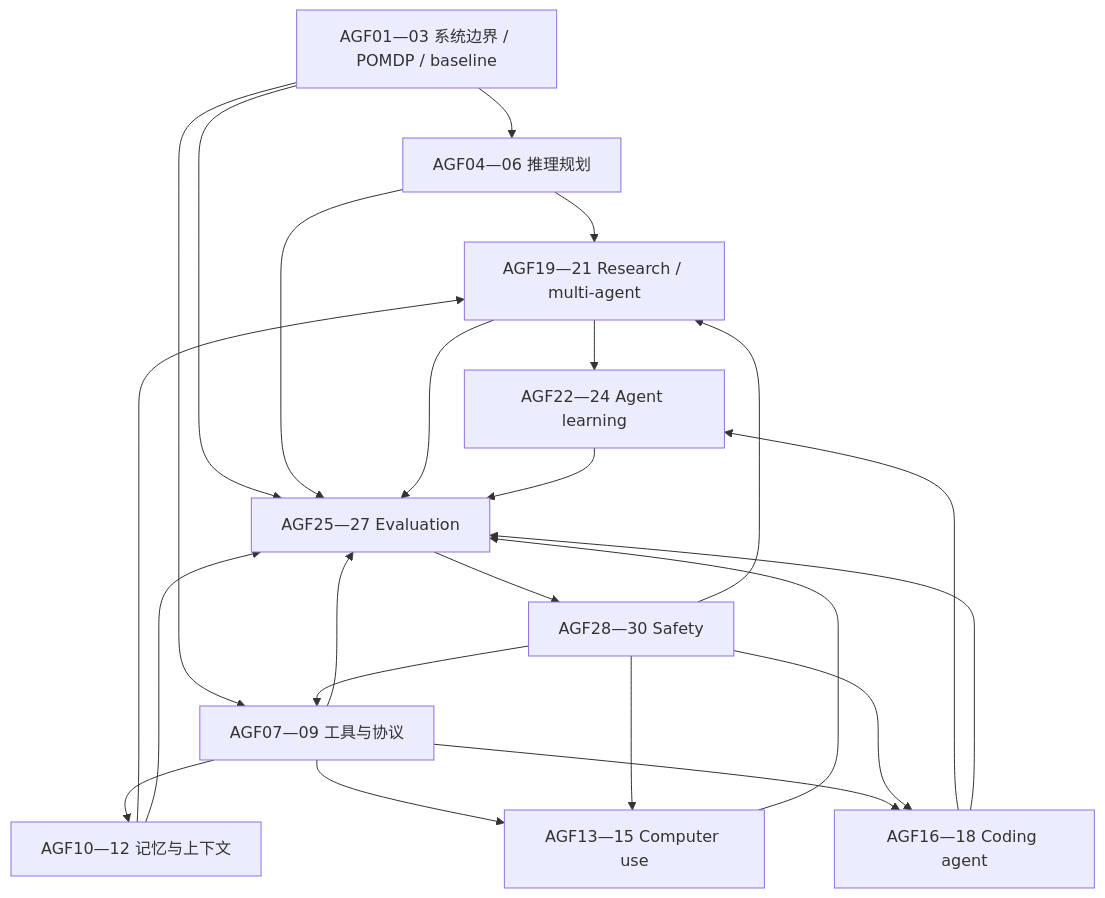
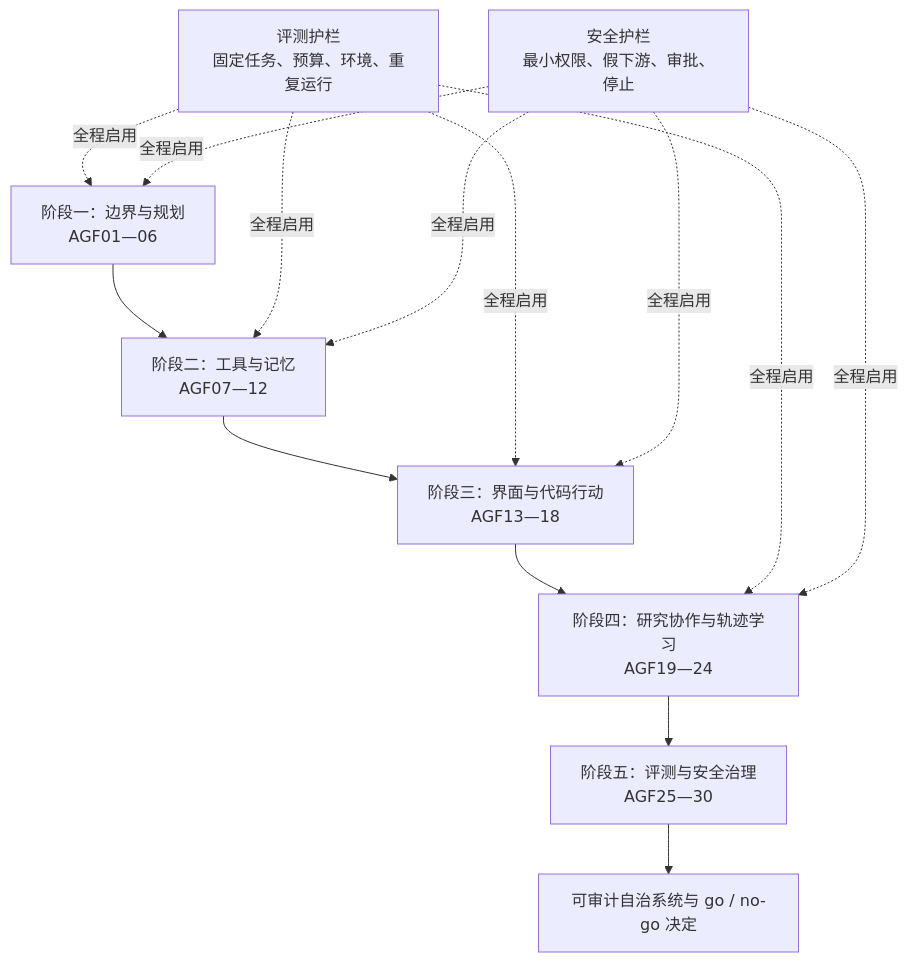
One commit to 007M7/learning007 changed the diagram in docs/frontier/agents/roadmap.md. Above: the diagram before and after it, drawn with Mermaid. The commit also changed other lines of this file and 90 other files, not shown here.

````diff
--- a/docs/frontier/agents/roadmap.md
+++ b/docs/frontier/agents/roadmap.md
@@ -7,26 +9,18 @@
 ```mermaid
 flowchart TD
-  F[AGF01—03 系统边界 / POMDP / baseline]
-  F --> P[AGF04—06 推理规划]
-  F --> T[AGF07—09 工具与协议]
-  T --> M[AGF10—12 记忆与上下文]
-  T --> C[AGF13—15 Computer use]
-  T --> S[AGF16—18 Coding agent]
-  P --> R[AGF19—21 Research / multi-agent]
-  M --> R
-  S --> L[AGF22—24 Agent learning]
-  R --> L
-  F --> E[AGF25—27 Evaluation]
-  P --> E
-  T --> E
-  M --> E
-  C --> E
-  S --> E
-  R --> E
-  L --> E
-  G[AGF28—30 Safety] --> T
-  G --> C
-  G --> S
-  G --> R
-  E --> G
+  A[阶段一：边界与规划<br/>AGF01—06]
+  B[阶段二：工具与记忆<br/>AGF07—12]
+  C[阶段三：界面与代码行动<br/>AGF13—18]
+  D[阶段四：研究协作与轨迹学习<br/>AGF19—24]
+  E[阶段五：评测与安全治理<br/>AGF25—30]
+  A --> B --> C --> D --> E
+  X[评测护栏<br/>固定任务、预算、环境、重复运行] -.全程启用.-> A
+  X -.全程启用.-> B
+  X -.全程启用.-> C
+  X -.全程启用.-> D
+  Y[安全护栏<br/>最小权限、假下游、审批、停止] -.全程启用.-> A
+  Y -.全程启用.-> B
+  Y -.全程启用.-> C
+  Y -.全程启用.-> D
+  E --> Z[可审计自治系统与 go / no-go 决定]
 ```
````
